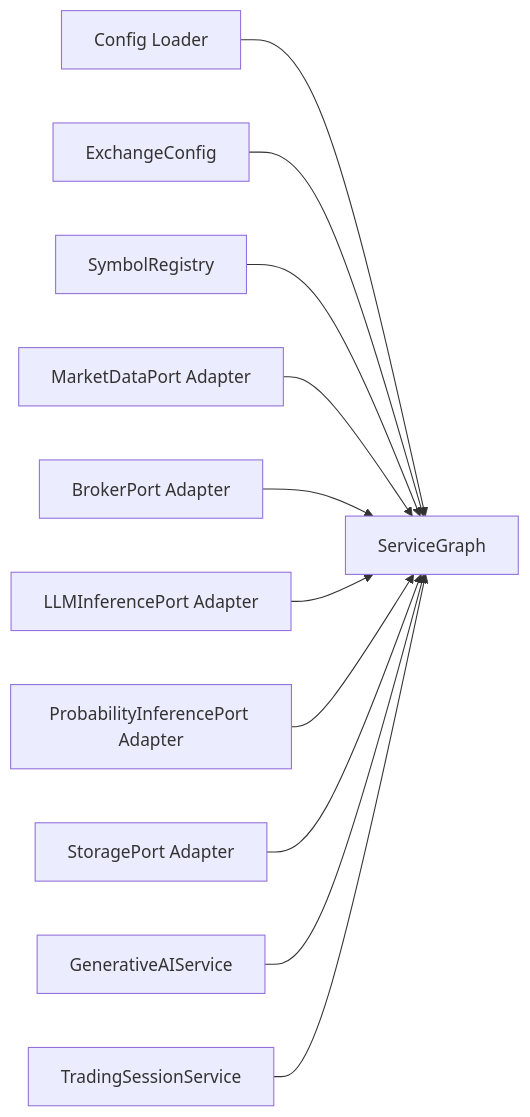
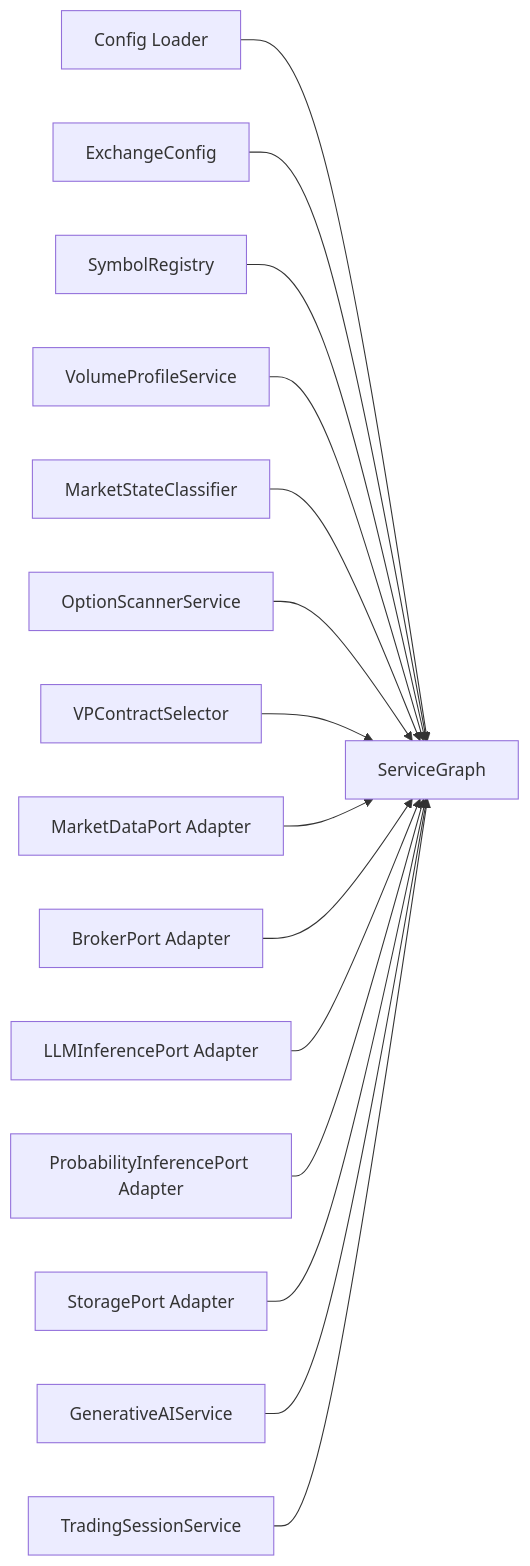
Before and after one commit to gemrajkhatry-maker/v5-of-glassytrade-ai: the ninth of 9 diagrams in .qoder/repowiki/en/content/Backend Application/Service Architecture.md, drawn with Mermaid. The commit also changed other lines of this file and 930 other files, not shown here.

````diff
--- a/.qoder/repowiki/en/content/Backend Application/Service Architecture.md
+++ b/.qoder/repowiki/en/content/Backend Application/Service Architecture.md
@@ -451,13 +592,17 @@
 ```mermaid
 graph LR
 CFG["Config Loader"] --> SG["ServiceGraph"]
 EXCFG["ExchangeConfig"] --> SG
 SYMBOLREG["SymbolRegistry"] --> SG
+VPS["VolumeProfileService"] --> SG
+MSC["MarketStateClassifier"] --> SG
+OS["OptionScannerService"] --> SG
+VPSEL["VPContractSelector"] --> SG
 MD["MarketDataPort Adapter"] --> SG
 BROKER["BrokerPort Adapter"] --> SG
 LLM["LLMInferencePort Adapter"] --> SG
 PROB["ProbabilityInferencePort Adapter"] --> SG
 STORE["StoragePort Adapter"] --> SG
 GENAI["GenerativeAIService"] --> SG
 SESSION["TradingSessionService"] --> SG
 ```
````
